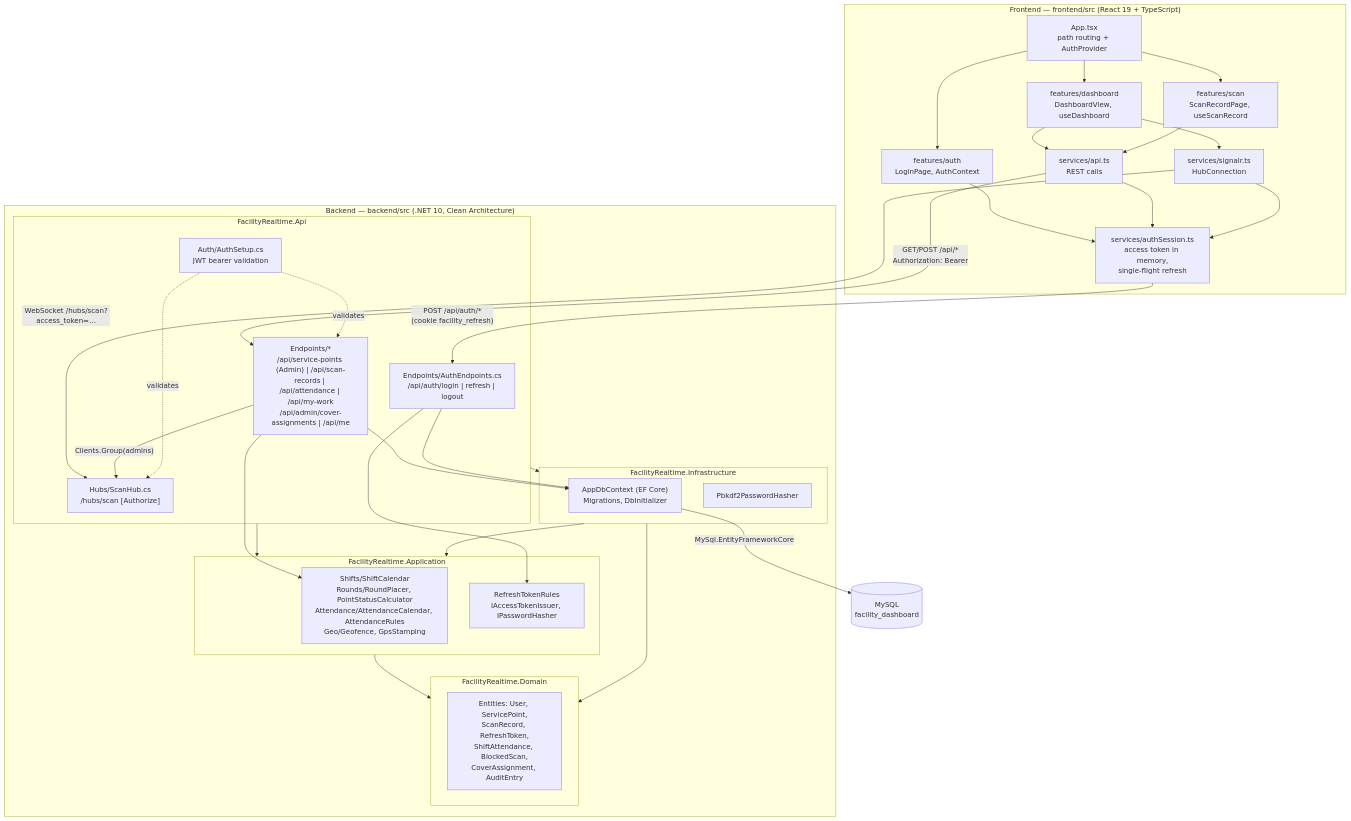
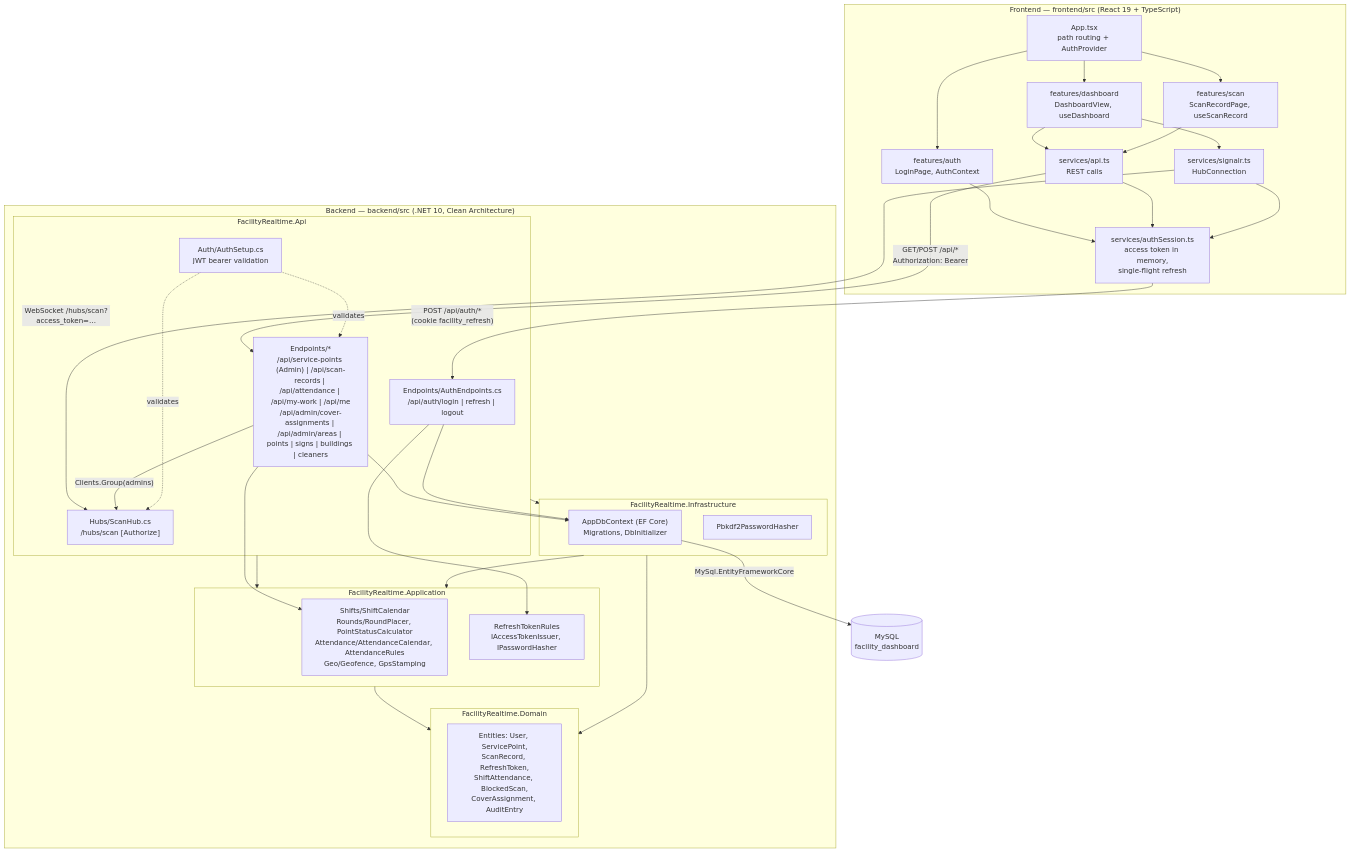
The third of 6 diagrams in docs/architecture.md (ThodsaphonSonthiphin/Facility-Real-time-dashboard), drawn with Mermaid before and after one commit. The commit also changed 5 other files, not shown here.

````diff
--- a/docs/architecture.md
+++ b/docs/architecture.md
@@ -107,60 +107,60 @@
 ```mermaid
 flowchart TB
     subgraph FE["Frontend — frontend/src (React 19 + TypeScript)"]
         App["App.tsx<br/>path routing + AuthProvider"]
         Dash["features/dashboard<br/>DashboardView, useDashboard"]
         Scan["features/scan<br/>ScanRecordPage, useScanRecord"]
         Login["features/auth<br/>LoginPage, AuthContext"]
         ApiSvc["services/api.ts<br/>REST calls"]
         AuthSess["services/authSession.ts<br/>access token in memory,<br/>single-flight refresh"]
         SR["services/signalr.ts<br/>HubConnection"]
     end
 
     subgraph BE["Backend — backend/src (.NET 10, Clean Architecture)"]
         subgraph ApiP["FacilityRealtime.Api"]
-            Ep["Endpoints/*<br/>/api/service-points (Admin) | /api/scan-records | /api/attendance | /api/my-work<br/>/api/admin/cover-assignments | /api/me"]
+            Ep["Endpoints/*<br/>/api/service-points (Admin) | /api/scan-records | /api/attendance | /api/my-work | /api/me<br/>/api/admin/cover-assignments | /api/admin/areas | points | signs | buildings | cleaners"]
             AuthEp["Endpoints/AuthEndpoints.cs<br/>/api/auth/login | refresh | logout"]
             Hub["Hubs/ScanHub.cs<br/>/hubs/scan  [Authorize]"]
             Jwt["Auth/AuthSetup.cs<br/>JWT bearer validation"]
         end
         subgraph AppP["FacilityRealtime.Application"]
             Status["Shifts/ShiftCalendar<br/>Rounds/RoundPlacer, PointStatusCalculator<br/>Attendance/AttendanceCalendar, AttendanceRules<br/>Geo/Geofence, GpsStamping"]
             Rules["RefreshTokenRules<br/>IAccessTokenIssuer, IPasswordHasher"]
         end
         subgraph InfP["FacilityRealtime.Infrastructure"]
             Ctx["AppDbContext (EF Core)<br/>Migrations, DbInitializer"]
             Hash["Pbkdf2PasswordHasher"]
         end
         subgraph DomP["FacilityRealtime.Domain"]
             Ent["Entities: User, ServicePoint,<br/>ScanRecord, RefreshToken,<br/>ShiftAttendance, BlockedScan,<br/>CoverAssignment, AuditEntry"]
         end
     end
 
     DB[("MySQL<br/>facility_dashboard")]
 
     App --> Dash & Scan & Login
     Dash --> ApiSvc
     Dash --> SR
     Scan --> ApiSvc
     Login --> AuthSess
     ApiSvc --> AuthSess
     SR --> AuthSess
 
     AuthSess -->|"POST /api/auth/*<br/>(cookie facility_refresh)"| AuthEp
     ApiSvc -->|"GET/POST /api/*<br/>Authorization: Bearer"| Ep
     SR -->|"WebSocket /hubs/scan?access_token=…"| Hub
 
     Ep --> Status
     Ep --> Ctx
     Ep -->|"Clients.Group(admins)"| Hub
     AuthEp --> Rules
     AuthEp --> Ctx
     Jwt -.->|validates| Ep & Hub
 
     ApiP --> AppP
     ApiP --> InfP
     InfP --> AppP
     AppP --> DomP
     InfP --> DomP
     Ctx -->|"MySql.EntityFrameworkCore"| DB
 ```
````
